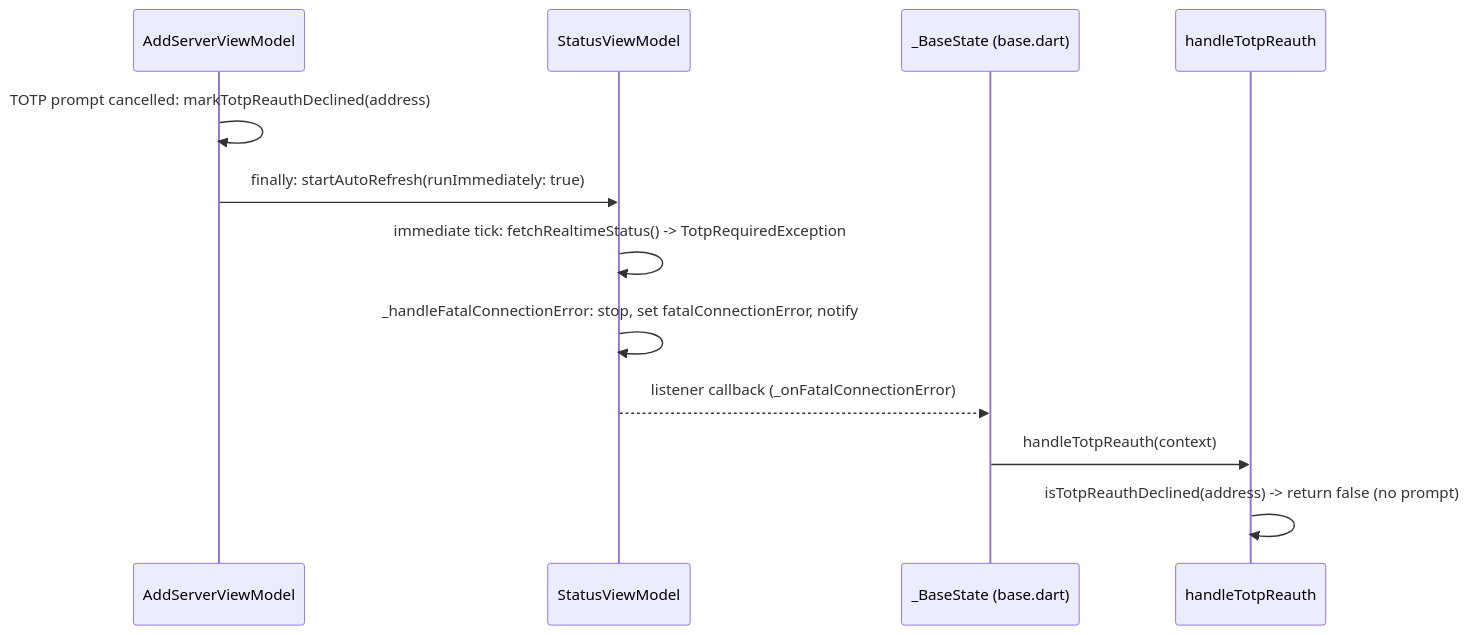
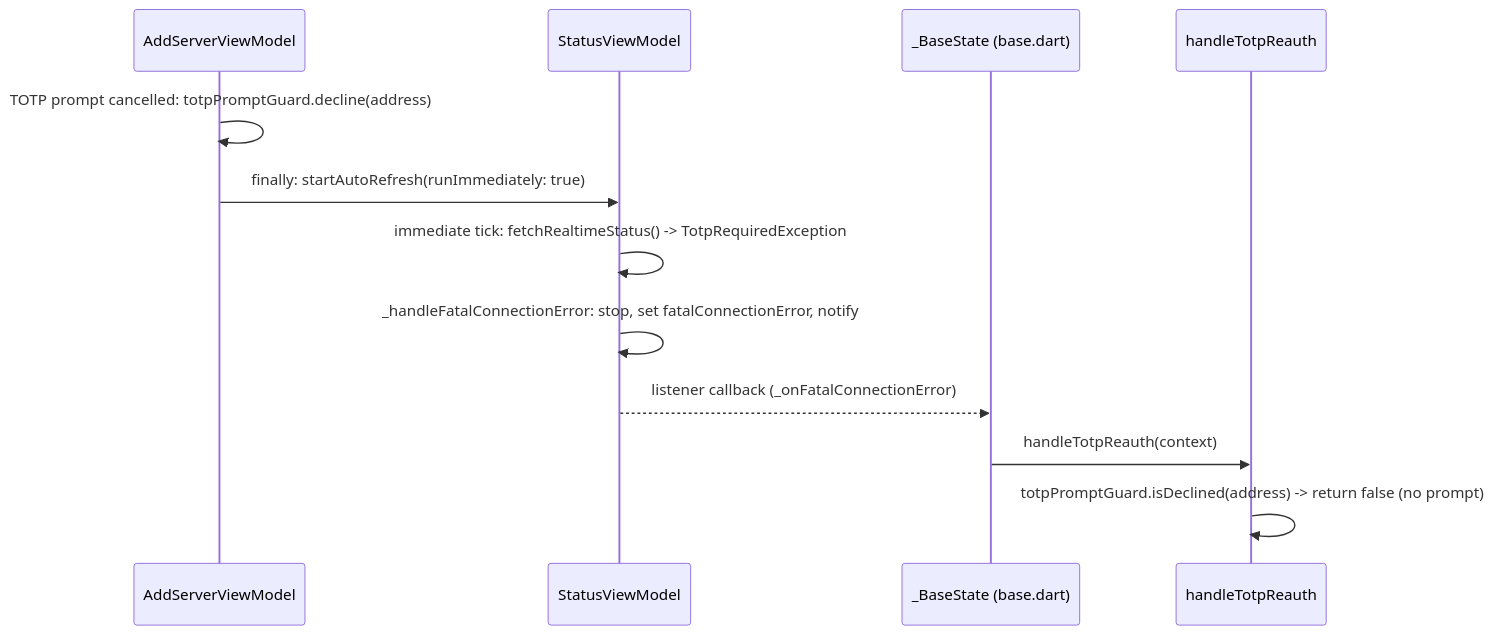
One commit to tsutsu3/pi-hole-client changed the fourth of 8 diagrams in docs/server-connection-flow.md. Above: the diagram before and after it, drawn with Mermaid. The commit also changed other lines of this file and 27 other files, not shown here.

Commit message:
refactor(auth): move the 2FA declined mark into the session cache

````diff
--- a/docs/server-connection-flow.md
+++ b/docs/server-connection-flow.md
@@ -175,15 +177,15 @@
 ```mermaid
 sequenceDiagram
   participant VM as AddServerViewModel
   participant ST as StatusViewModel
   participant Base as _BaseState (base.dart)
   participant H as handleTotpReauth
 
-  VM->>VM: TOTP prompt cancelled: markTotpReauthDeclined(address)
+  VM->>VM: TOTP prompt cancelled: totpPromptGuard.decline(address)
   VM->>ST: finally: startAutoRefresh(runImmediately: true)
   ST->>ST: immediate tick: fetchRealtimeStatus() -> TotpRequiredException
   ST->>ST: _handleFatalConnectionError: stop, set fatalConnectionError, notify
   ST-->>Base: listener callback (_onFatalConnectionError)
   Base->>H: handleTotpReauth(context)
-  H->>H: isTotpReauthDeclined(address) -> return false (no prompt)
+  H->>H: totpPromptGuard.isDeclined(address) -> return false (no prompt)
 ```
````
